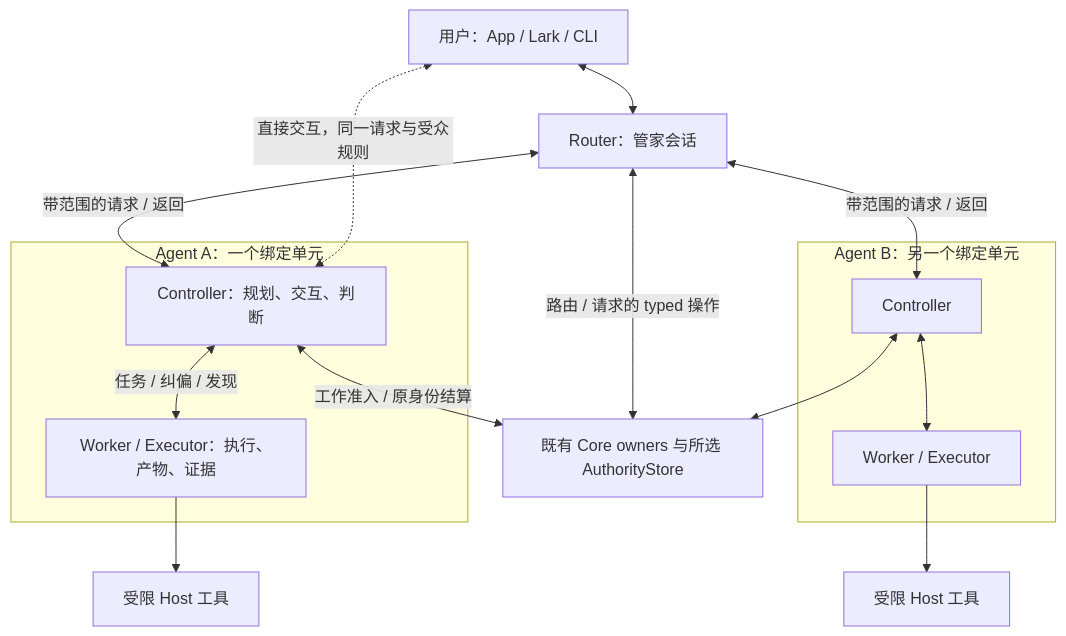
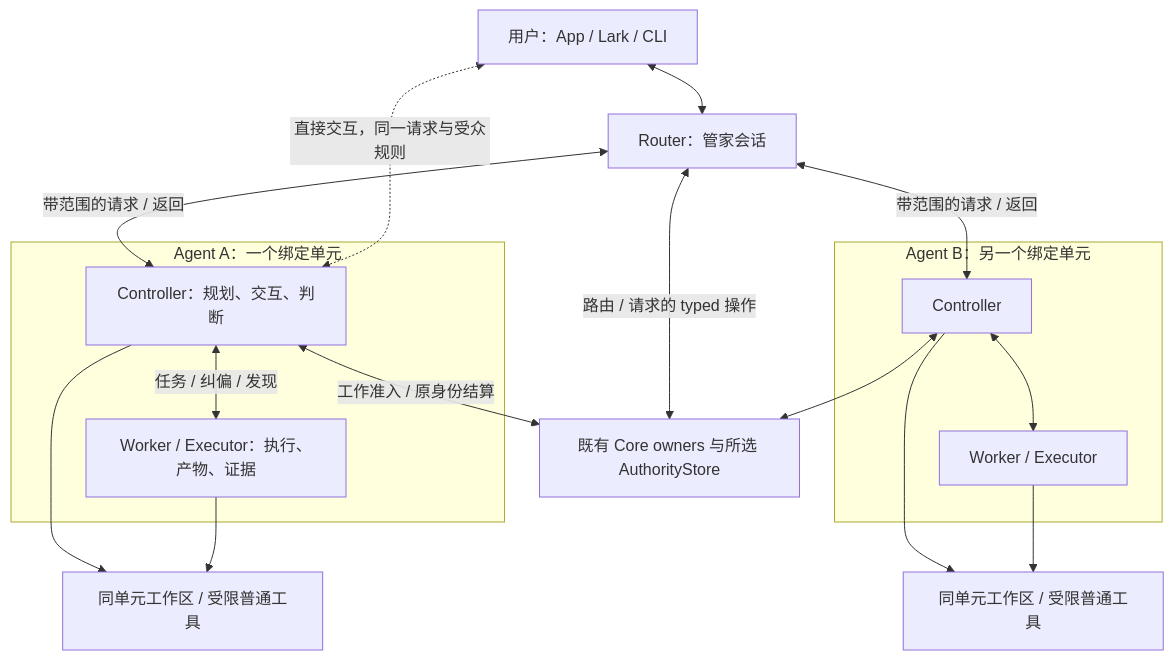
The first of 9 diagrams in docs/architecture/rfcs/controller-executor-unified-contract-v0.zh-CN.md (loopx-project/loopx), drawn with Mermaid before and after one commit. The commit also changed other lines of this file and 1 other file, not shown here.

````diff
--- a/docs/architecture/rfcs/controller-executor-unified-contract-v0.zh-CN.md
+++ b/docs/architecture/rfcs/controller-executor-unified-contract-v0.zh-CN.md
@@ -23,22 +23,24 @@
 ```mermaid
 flowchart TB
   U[用户：App / Lark / CLI] <--> R[Router：管家会话]
   R <-->|带范围的请求 / 返回| C1
   R <-->|带范围的请求 / 返回| C2
   U <-.->|直接交互，同一请求与受众规则| C1
   subgraph A[Agent A：一个绑定单元]
     C1[Controller：规划、交互、判断]
     W1[Worker / Executor：执行、产物、证据]
     C1 <-->|任务 / 纠偏 / 发现| W1
   end
   subgraph B[Agent B：另一个绑定单元]
     C2[Controller]
     W2[Worker / Executor]
     C2 <--> W2
   end
   R <-->|路由 / 请求的 typed 操作| K[既有 Core owners 与所选 AuthorityStore]
   C1 <-->|工作准入 / 原身份结算| K
   C2 <--> K
-  W1 --> H1[受限 Host 工具]
-  W2 --> H2[受限 Host 工具]
+  C1 --> H1[同单元工作区 / 受限普通工具]
+  W1 --> H1
+  C2 --> H2[同单元工作区 / 受限普通工具]
+  W2 --> H2
 ```
````
